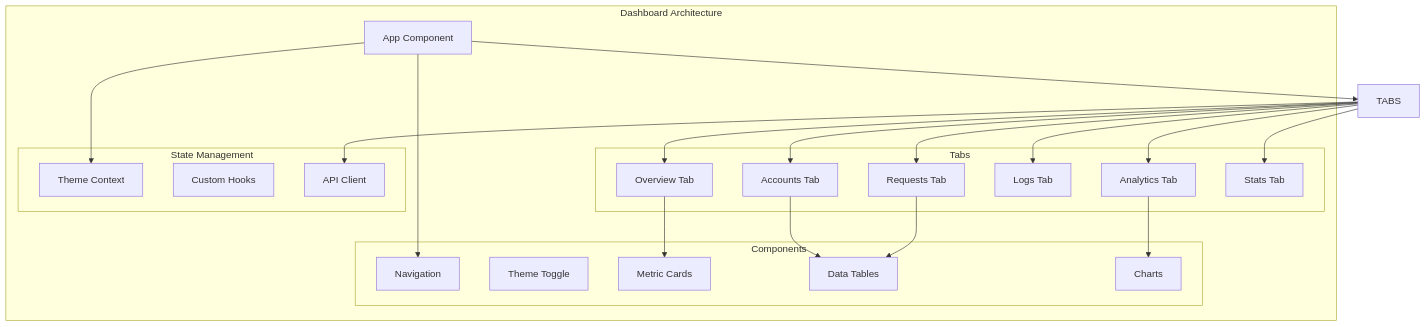
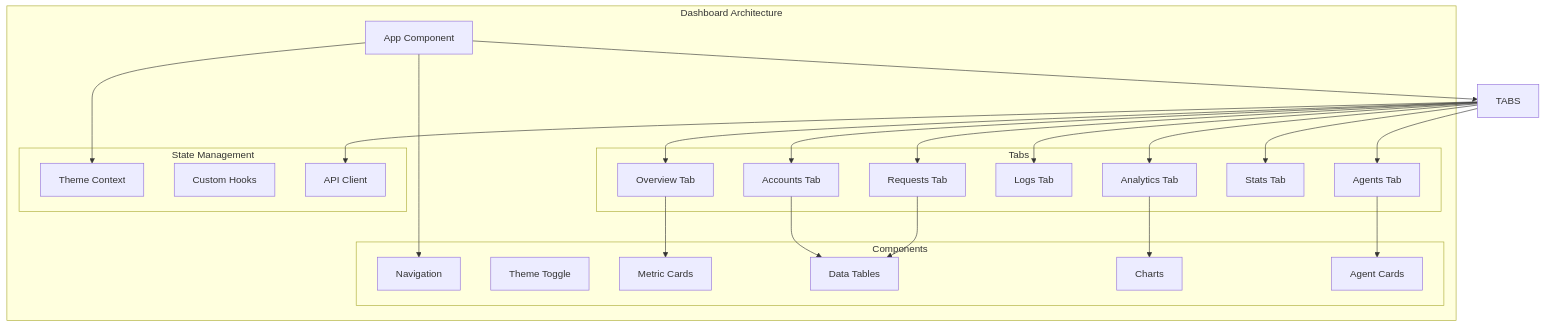
One commit to tombii/better-ccflare changed diagram 18 of 25 in docs/architecture.md. Above: the diagram before and after it, drawn with Mermaid. The commit also changed other lines of this file and 14 other files, not shown here.

First line of the commit message:
docs(docs): overhaul architecture and CLI documentation

````diff
--- a/docs/architecture.md
+++ b/docs/architecture.md
@@ -614,46 +909,50 @@
 ```mermaid
 graph TB
     subgraph "Dashboard Architecture"
         APP[App Component]
         
         subgraph "Tabs"
             OVER[Overview Tab]
             ACC[Accounts Tab]
             REQ[Requests Tab]
             LOGS[Logs Tab]
             ANAL[Analytics Tab]
             STATS[Stats Tab]
+            AGENTS[Agents Tab]
         end
         
         subgraph "Components"
             NAV[Navigation]
             THEME[Theme Toggle]
             CARDS[Metric Cards]
             TABLES[Data Tables]
             CHARTS[Charts]
+            AGENT_CARDS[Agent Cards]
         end
         
         subgraph "State Management"
             CTX[Theme Context]
             HOOKS[Custom Hooks]
             API_CLIENT[API Client]
         end
     end
     
     APP --> NAV
     APP --> TABS
     TABS --> OVER
     TABS --> ACC
     TABS --> REQ
     TABS --> LOGS
     TABS --> ANAL
     TABS --> STATS
+    TABS --> AGENTS
     
     OVER --> CARDS
     ACC --> TABLES
     REQ --> TABLES
     ANAL --> CHARTS
+    AGENTS --> AGENT_CARDS
     
     TABS --> API_CLIENT
     APP --> CTX
 ```
````
